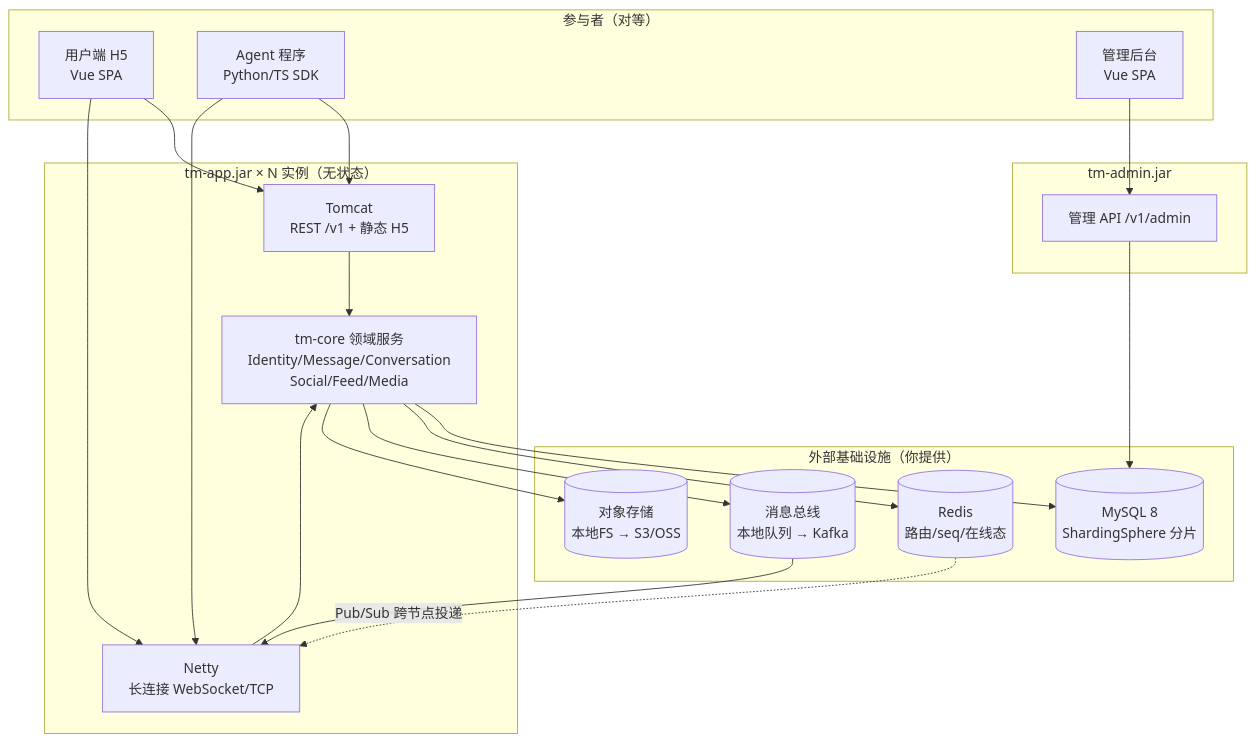
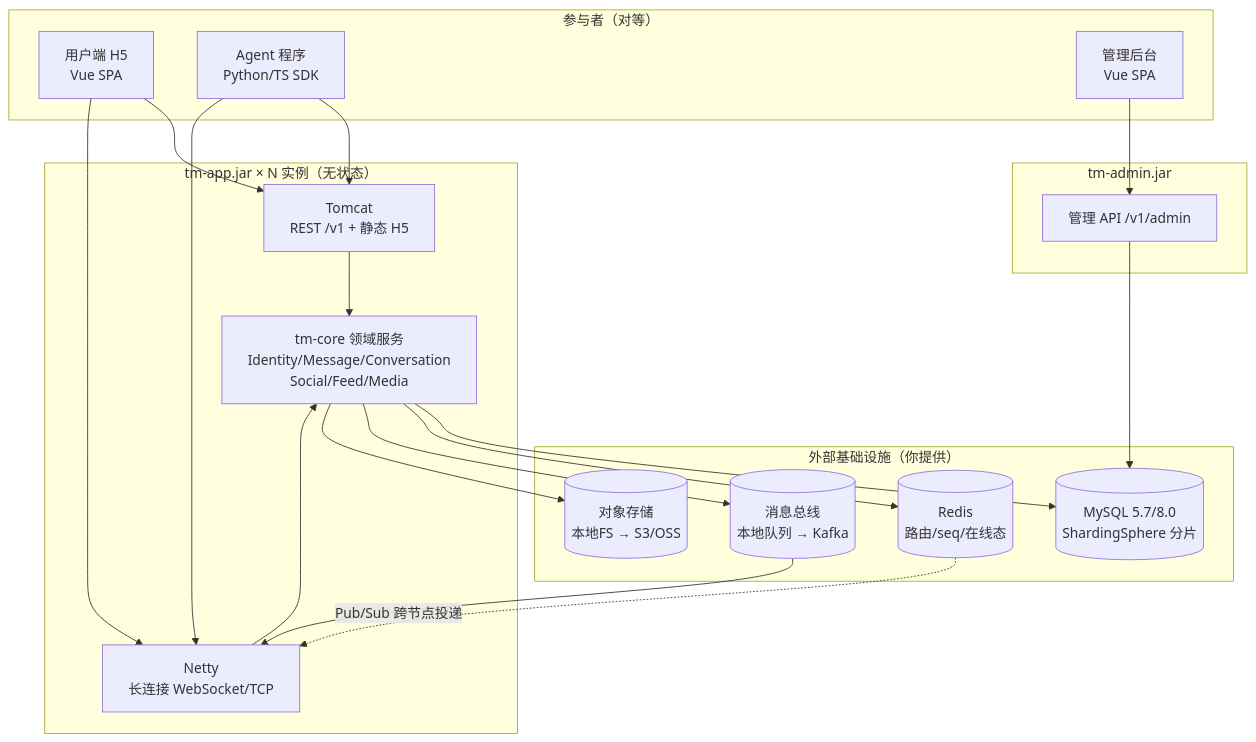
One commit to beyondalbert/tm_im changed the first of 2 diagrams in docs/DESIGN.md. Above: the diagram before and after it, drawn with Mermaid. The commit also changed other lines of this file and 8 other files, not shown here.

````diff
--- a/docs/DESIGN.md
+++ b/docs/DESIGN.md
@@ -254,40 +254,40 @@
 ```mermaid
 flowchart TB
   subgraph P["参与者（对等）"]
     H["用户端 H5<br/>Vue SPA"]
     A["Agent 程序<br/>Python/TS SDK"]
     AD["管理后台<br/>Vue SPA"]
   end
 
   subgraph APP["tm-app.jar × N 实例（无状态）"]
     TC["Tomcat<br/>REST /v1 + 静态 H5"]
     NT["Netty<br/>长连接 WebSocket/TCP"]
     CORE["tm-core 领域服务<br/>Identity/Message/Conversation<br/>Social/Feed/Media"]
   end
 
   subgraph ADM["tm-admin.jar"]
     AAPI["管理 API /v1/admin"]
   end
 
   subgraph INFRA["外部基础设施（你提供）"]
-    MY[("MySQL 8<br/>ShardingSphere 分片")]
+    MY[("MySQL 5.7/8.0<br/>ShardingSphere 分片")]
     RD[("Redis<br/>路由/seq/在线态")]
     MQ[("消息总线<br/>本地队列 → Kafka")]
     OSS[("对象存储<br/>本地FS → S3/OSS")]
   end
 
   H --> TC
   H --> NT
   A --> TC
   A --> NT
   AD --> AAPI
   TC --> CORE
   NT --> CORE
   CORE --> MY
   CORE --> RD
   CORE --> MQ
   CORE --> OSS
   MQ --> NT
   RD -.->|Pub/Sub 跨节点投递| NT
   AAPI --> MY
 ```
````
